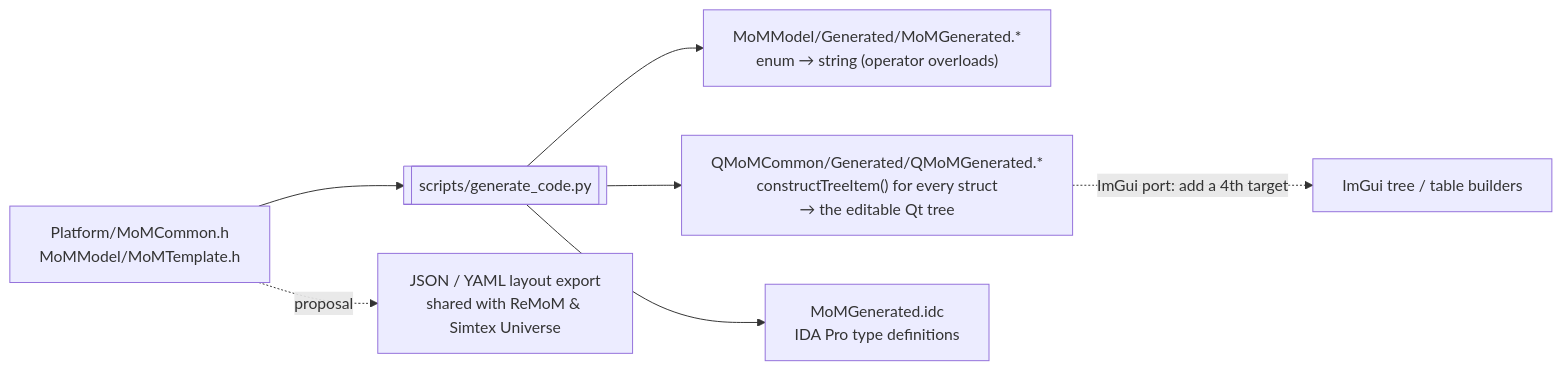
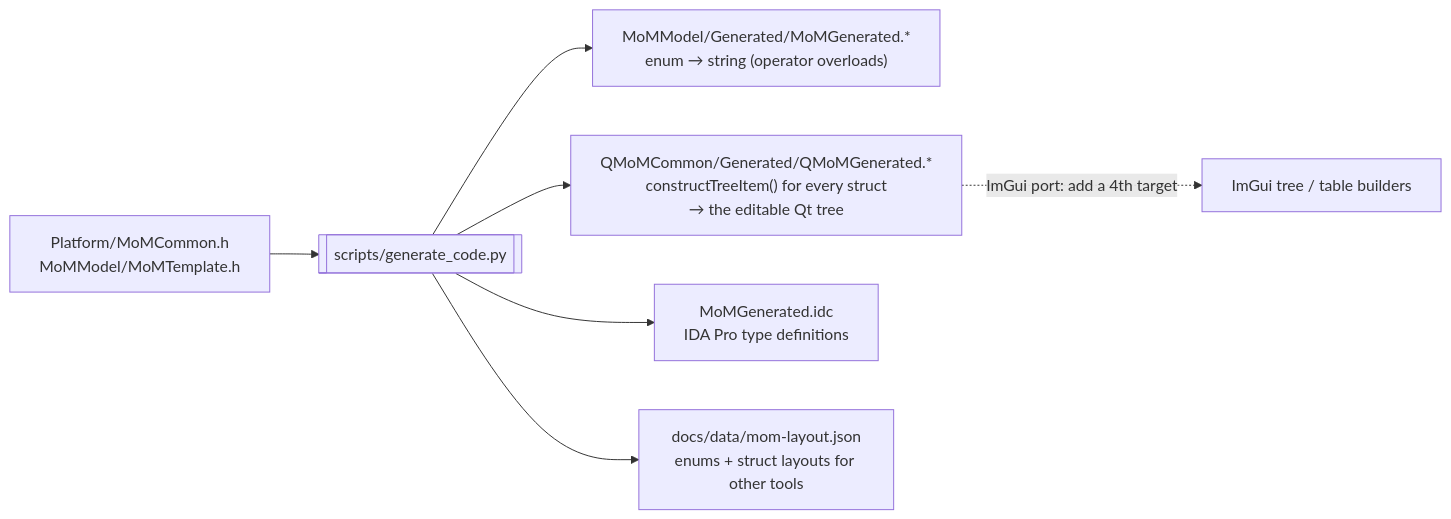
The fourth of 5 diagrams in docs/architecture.md (jbalcomb/MoM-RTGT), drawn with Mermaid before and after one commit. The commit also changed 3 other files, not shown here.

First line of the commit message:
Export the game structures as JSON (docs/data/mom-layout.json)

````diff
--- a/docs/architecture.md
+++ b/docs/architecture.md
@@ -119,9 +119,9 @@
 ```mermaid
 flowchart LR
   T["Platform/MoMCommon.h<br/>MoMModel/MoMTemplate.h"] --> G[[scripts/generate_code.py]]
   G --> A["MoMModel/Generated/MoMGenerated.*<br/>enum → string (operator overloads)"]
   G --> B["QMoMCommon/Generated/QMoMGenerated.*<br/>constructTreeItem() for every struct<br/>→ the editable Qt tree"]
   G --> I["MoMGenerated.idc<br/>IDA Pro type definitions"]
+  G --> JS["docs/data/mom-layout.json<br/>enums + struct layouts for other tools"]
   B -. "ImGui port: add a 4th target" .-> N["ImGui tree / table builders"]
-  T -. "proposal" .-> J["JSON / YAML layout export<br/>shared with ReMoM & Simtex Universe"]
 ```
````
